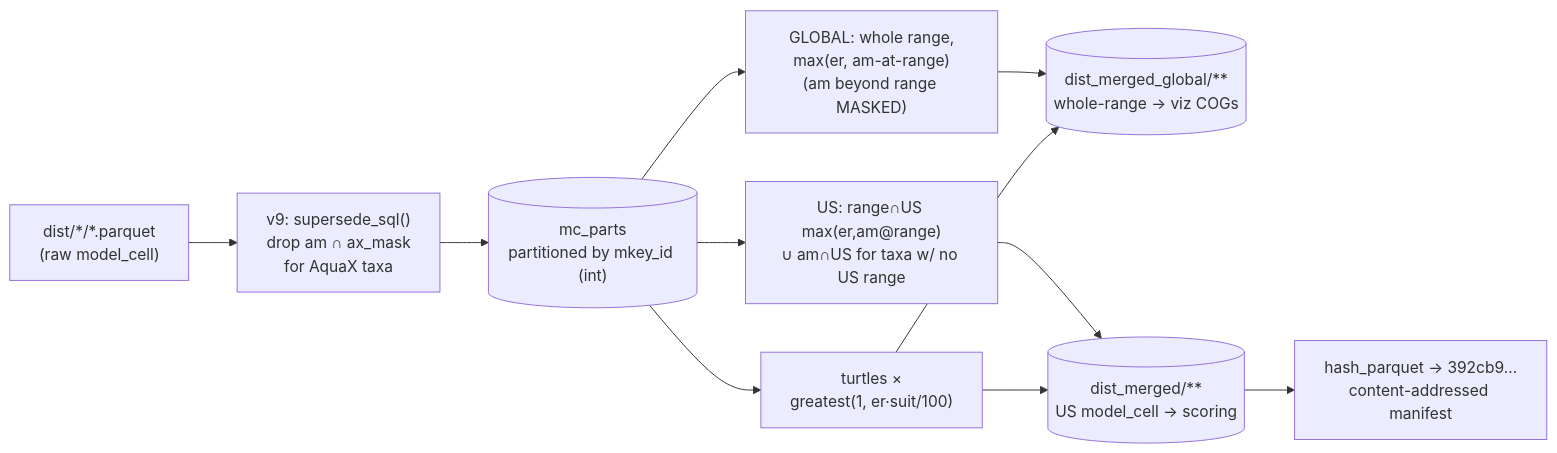
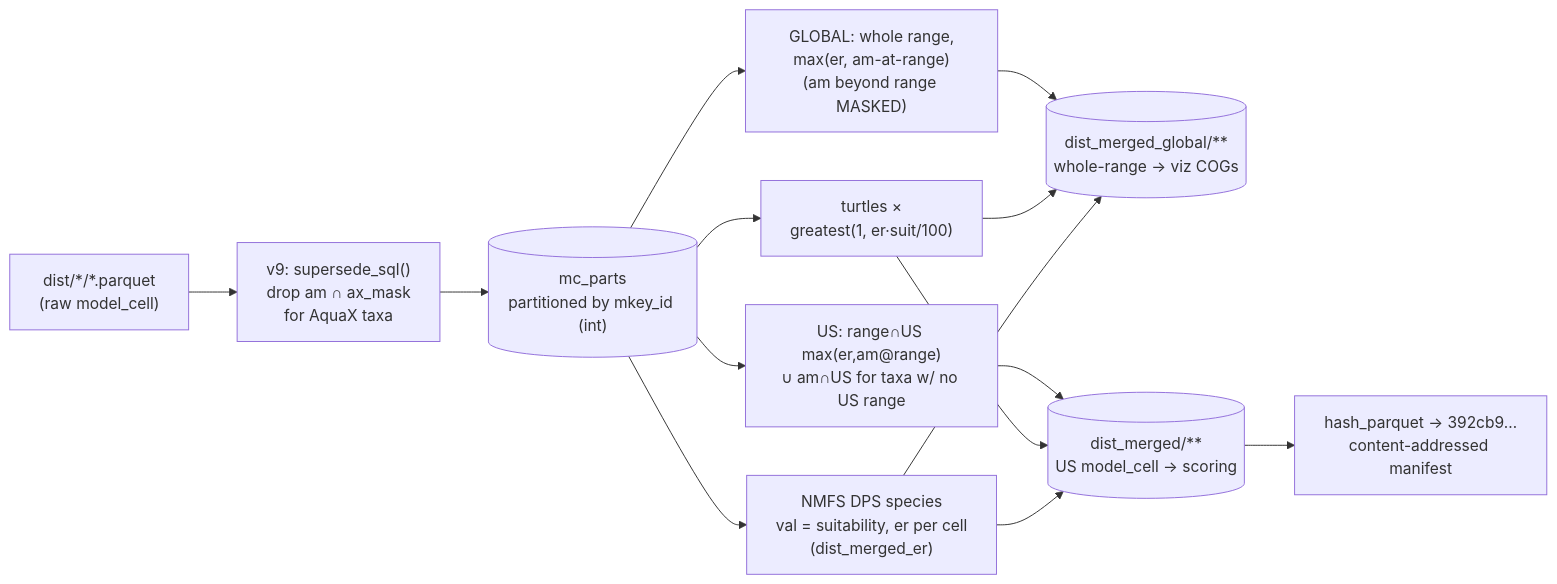
Before and after one commit to MarineSensitivity/workflows: the diagram in merge_models.qmd, drawn with Mermaid. The commit also changed other lines of this file and 10 other files, not shown here.

First line of the commit message:
v9 DPS species: merged model = suitability, per-cell ER beside it (dist_merged_er → model_cell_er → er_mode='cell'); MMPA baseline; DPS COGs published; spatial-only reruns

````diff
--- a/merge_models.qmd
+++ b/merge_models.qmd
@@ -37,14 +37,17 @@
 ```{mermaid}
 %%| label: fig-design
 %%| fig-cap: "ONE batched merge → TWO surfaces from the same data, BOTH masked to the range footprint. GLOBAL viz = the whole range, max(er, am-at-range) → COGs. US scoring = v7-faithful US-boundary-aware rule (range∩US max(er,am-at-range) UNION am∩US for taxa with no US range) — NOT a trim of global. Turtles multiplicative."
 flowchart LR
   raw["dist/*/*.parquet<br/>(raw model_cell)"] --> sup["v9: supersede_sql()<br/>drop am ∩ ax_mask<br/>for AquaX taxa"] --> mcp[("mc_parts<br/>partitioned by mkey_id (int)")]
   mcp --> gm["GLOBAL: whole range,<br/>max(er, am-at-range)<br/>(am beyond range MASKED)"]
   mcp --> um["US: range∩US max(er,am@range)<br/>∪ am∩US for taxa w/ no US range"]
   mcp --> tt["turtles ×<br/>greatest(1, er·suit/100)"]
+  mcp --> dd["NMFS DPS species<br/>val = suitability, er per cell<br/>(dist_merged_er)"]
   gm --> g[("dist_merged_global/**<br/>whole-range → viz COGs")]
   tt --> g
+  dd --> g
   um --> us[("dist_merged/**<br/>US model_cell → scoring")]
   tt --> us
+  dd --> us
   us --> mf["hash_parquet → 392cb9…<br/>content-addressed manifest"]
 ```
````
